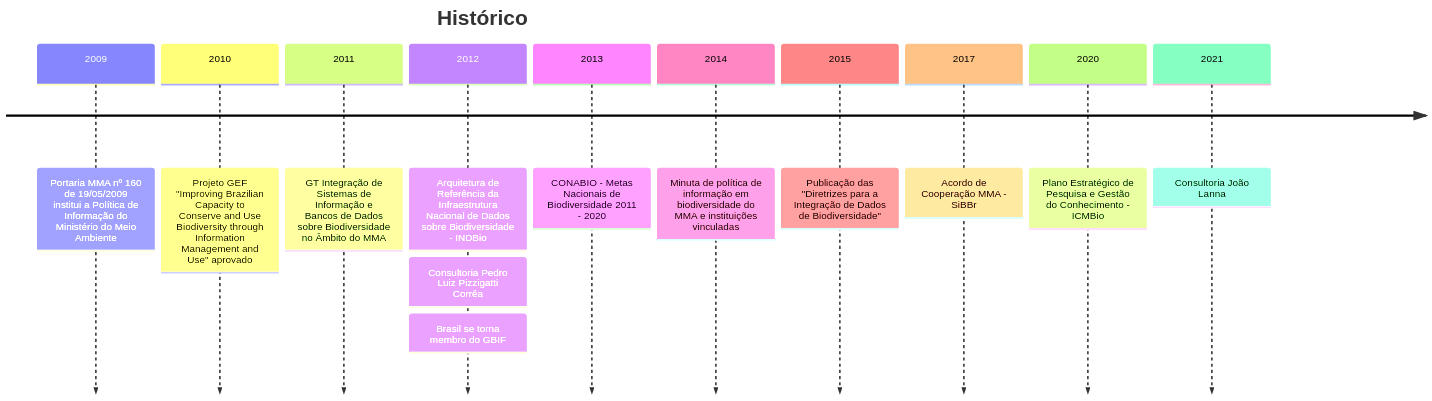
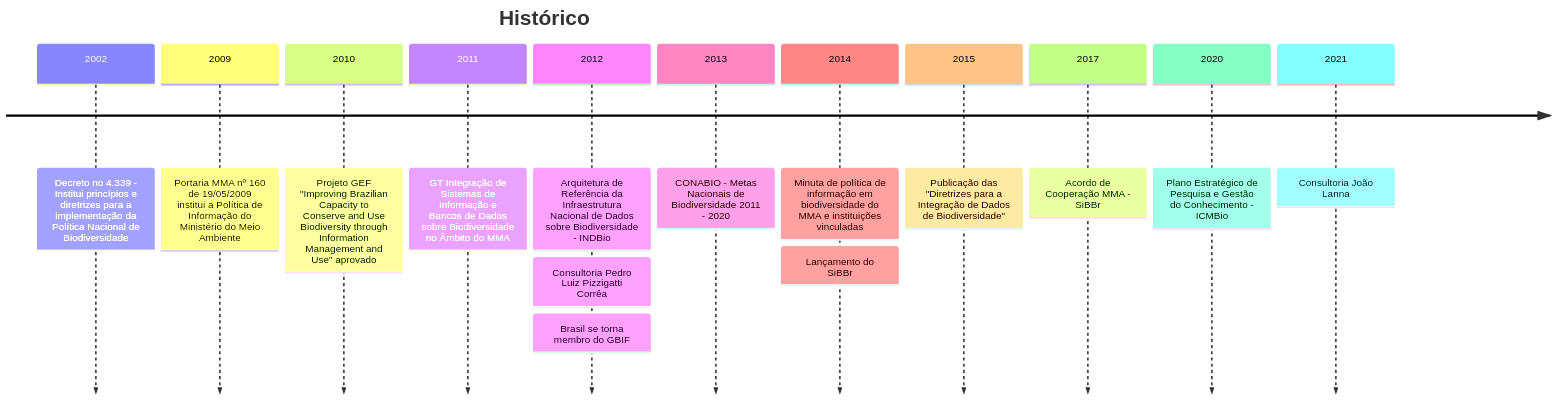
One commit to edalcin/historicoIntegracaoDadosBiodiv changed the diagram in timeline.md. Above: the diagram before and after it, drawn with Mermaid.

````diff
--- a/timeline.md
+++ b/timeline.md
@@ -1,16 +1,18 @@
 ```mermaid
 timeline
     title Histórico
+    2002 : Decreto no 4.339 - Institui princípios e diretrizes para a implementação da Política Nacional de Biodiversidade
     2009 : Portaria MMA nº 160 de 19/05/2009 institui a Política de Informação do Ministério do Meio Ambiente
     2010 : Projeto GEF "Improving Brazilian Capacity to Conserve and Use Biodiversity through Information Management and Use" aprovado
     2011 : GT Integração de Sistemas de Informação e Bancos de Dados sobre Biodiversidade no Âmbito do MMA
     2012 : Arquitetura de Referência da Infraestrutura Nacional de Dados sobre Biodiversidade - INDBio
          : Consultoria Pedro Luiz Pizzigatti Corrêa
          : Brasil se torna membro do GBIF
     2013 : CONABIO - Metas Nacionais de Biodiversidade 2011 - 2020
     2014 : Minuta de política de informação em biodiversidade do MMA e instituições vinculadas
+         : Lançamento do SiBBr
     2015 : Publicação das "Diretrizes para a Integração de Dados de Biodiversidade"
     2017 : Acordo de Cooperação MMA - SiBBr
     2020 : Plano Estratégico de Pesquisa e Gestão do Conhecimento - ICMBio
     2021 : Consultoria João Lanna
 ```
````
